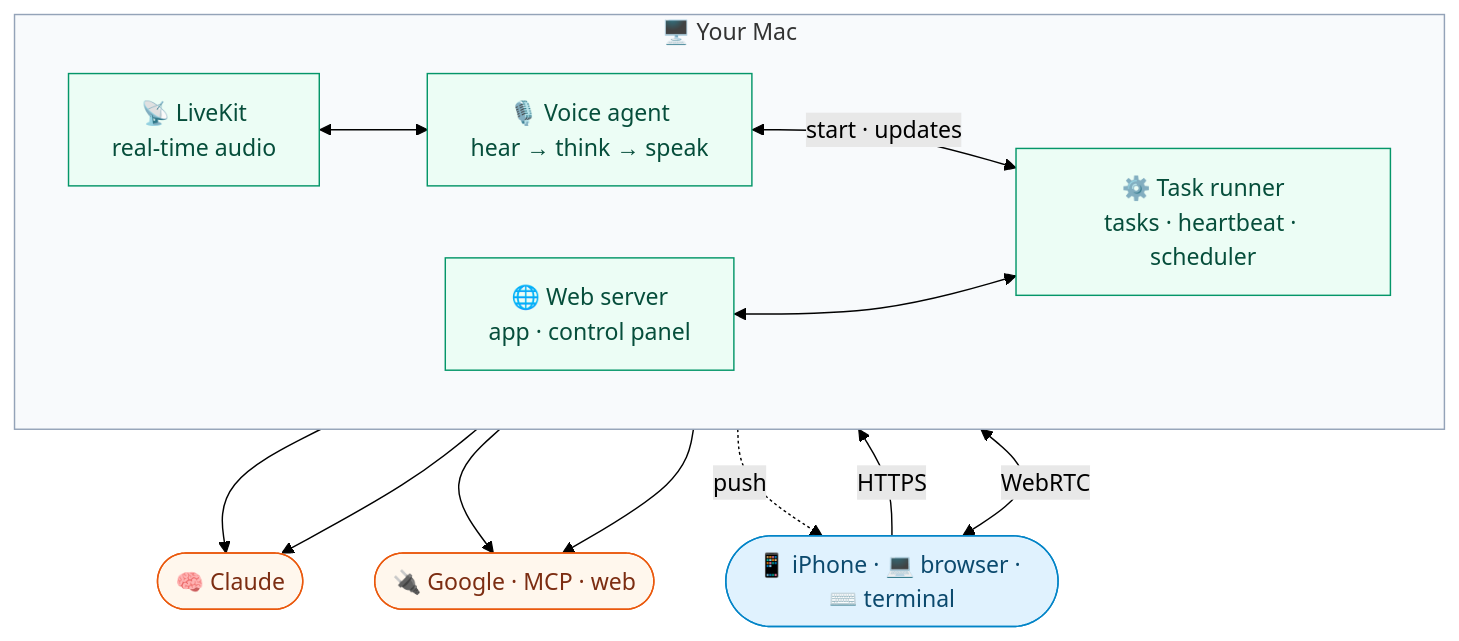
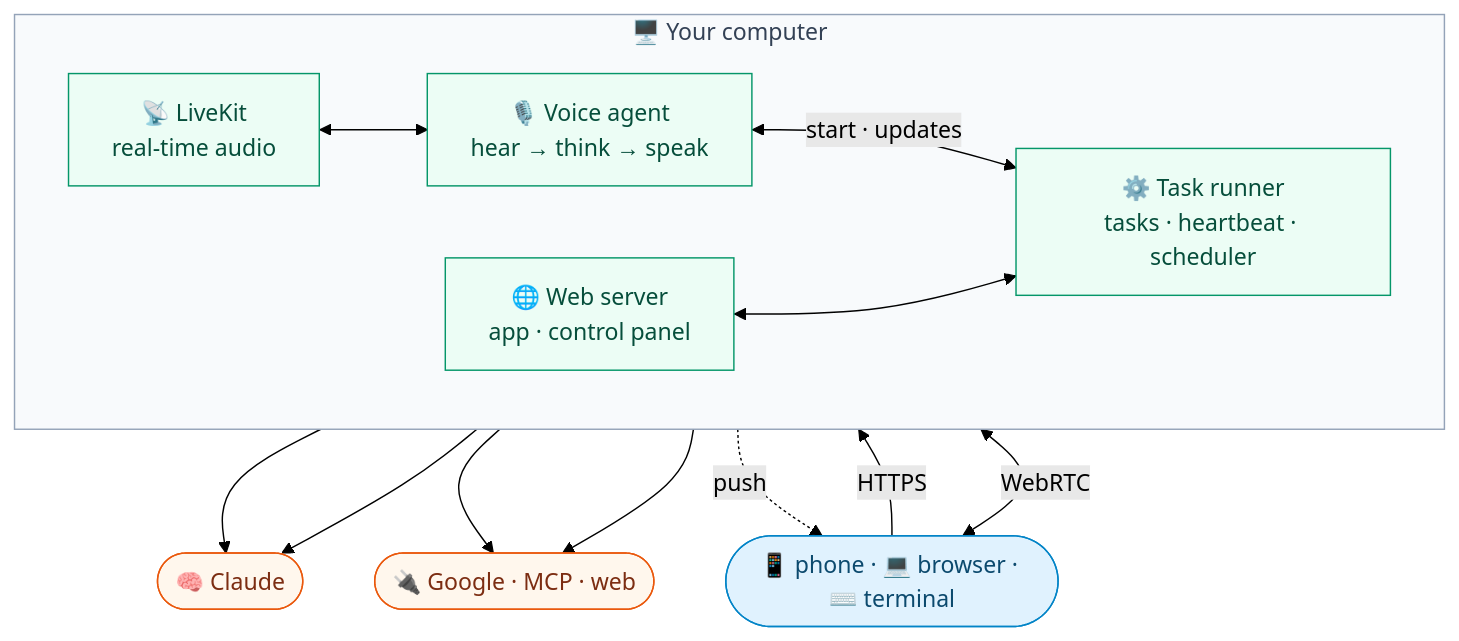
The diagram in README.md (anilkumarmeena/alfred), drawn with Mermaid (forest theme) before and after one commit. The commit also changed other lines of this file and 128 other files, not shown here.

````diff
--- a/README.md
+++ b/README.md
@@ -107,34 +108,34 @@
 ```mermaid
 flowchart TB
-    You(["📱 iPhone · 💻 browser · ⌨️ terminal"])
+    You(["📱 phone · 💻 browser · ⌨️ terminal"])
 
-    subgraph Mac["🖥️ Your Mac"]
+    subgraph Host["🖥️ Your computer"]
         direction LR
         Web["🌐 Web server<br/>app · control panel"]
         LK["📡 LiveKit<br/>real-time audio"]
         Agent["🎙️ Voice agent<br/>hear → think → speak"]
         Runner["⚙️ Task runner<br/>tasks · heartbeat · scheduler"]
     end
 
     Claude(["🧠 Claude"])
     World(["🔌 Google · MCP · web"])
 
     You -->|HTTPS| Web
     You <-->|WebRTC| LK
     LK <--> Agent
     Agent <-->|start · updates| Runner
     Web <--> Runner
     Agent --> Claude
     Runner --> Claude
     Agent --> World
     Runner --> World
     Runner -.->|push| You
 
     classDef you fill:#e0f2fe,stroke:#0284c7,color:#0c4a6e
     classDef mac fill:#ecfdf5,stroke:#059669,color:#064e3b
     classDef cloud fill:#fff7ed,stroke:#ea580c,color:#7c2d12
     class You you
     class Web,LK,Agent,Runner mac
     class Claude,World cloud
-    style Mac fill:#f8fafc,stroke:#94a3b8
+    style Host fill:#f8fafc,stroke:#94a3b8,color:#334155
 ```
````
